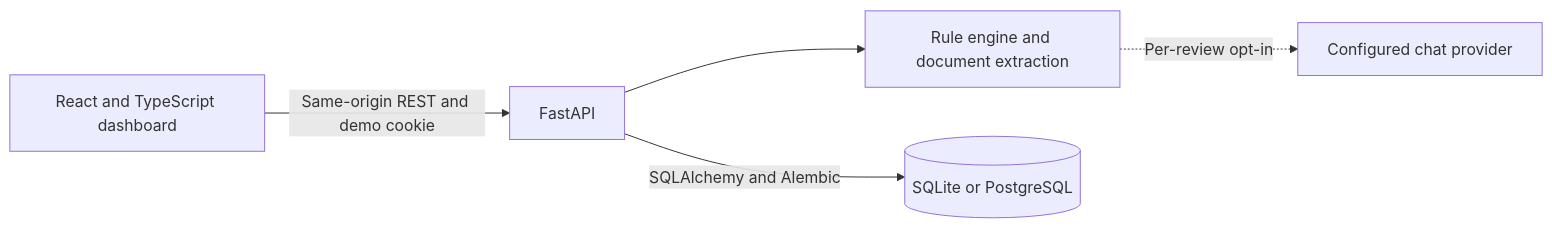
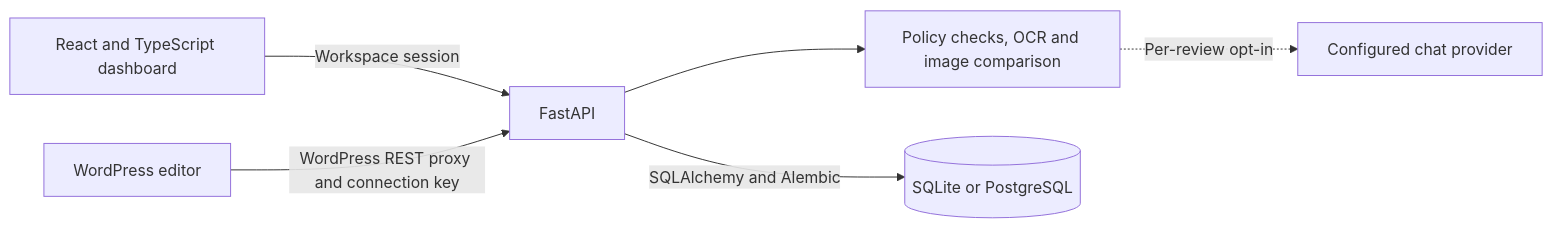
Before and after one commit to nirmalk90/BrandGuard: the diagram in README.md, drawn with Mermaid. The commit also changed other lines of this file and 39 other files, not shown here.

````diff
--- a/README.md
+++ b/README.md
@@ -44,7 +45,8 @@
 ```mermaid
 flowchart LR
-  A[React and TypeScript dashboard] -->|Same-origin REST and demo cookie| B[FastAPI]
-  B --> C[Rule engine and document extraction]
+  A[React and TypeScript dashboard] -->|Workspace session| B[FastAPI]
+  W[WordPress editor] -->|WordPress REST proxy and connection key| B
+  B --> C[Policy checks, OCR and image comparison]
   B -->|SQLAlchemy and Alembic| D[(SQLite or PostgreSQL)]
   C -. Per-review opt-in .-> E[Configured chat provider]
 ```
````
